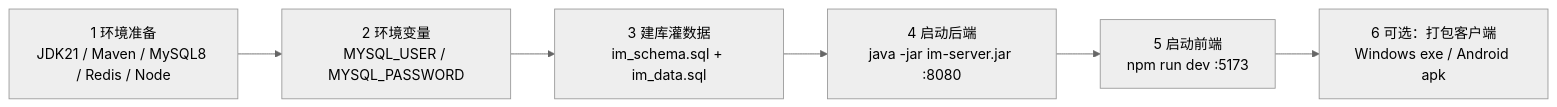
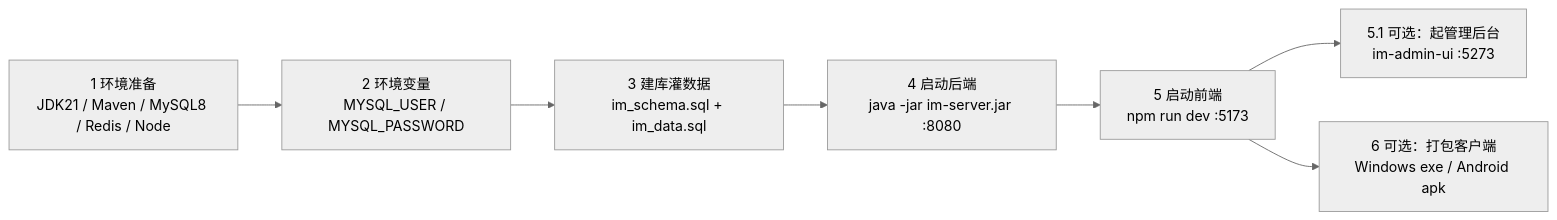
Before and after one commit to zhuxiaoyi412826/Veytalk: the diagram in md/项目启动流程.md, drawn with Mermaid (neutral theme). The commit also changed other lines of this file and 213 other files, not shown here.

````diff
--- a/md/项目启动流程.md
+++ b/md/项目启动流程.md
@@ -14,8 +14,9 @@
 ```mermaid
 graph LR
     ENV["1 环境准备<br/>JDK21 / Maven / MySQL8 / Redis / Node"] --> VAR["2 环境变量<br/>MYSQL_USER / MYSQL_PASSWORD"]
     VAR --> DB["3 建库灌数据<br/>im_schema.sql + im_data.sql"]
     DB --> BE["4 启动后端<br/>java -jar im-server.jar :8080"]
     BE --> FE["5 启动前端<br/>npm run dev :5173"]
+    FE --> ADM["5.1 可选：起管理后台<br/>im-admin-ui :5273"]
     FE --> PKG["6 可选：打包客户端<br/>Windows exe / Android apk"]
 ```
````
